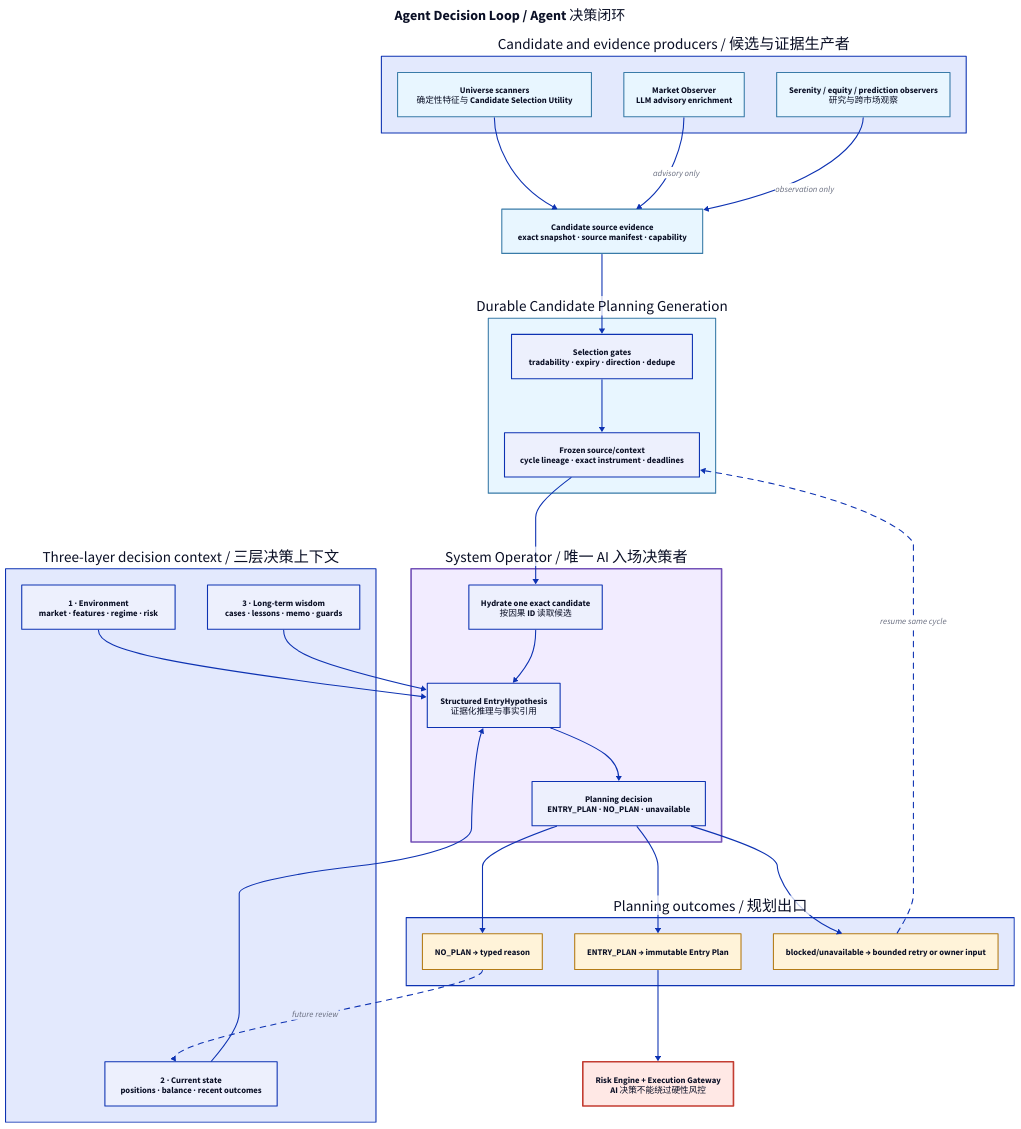
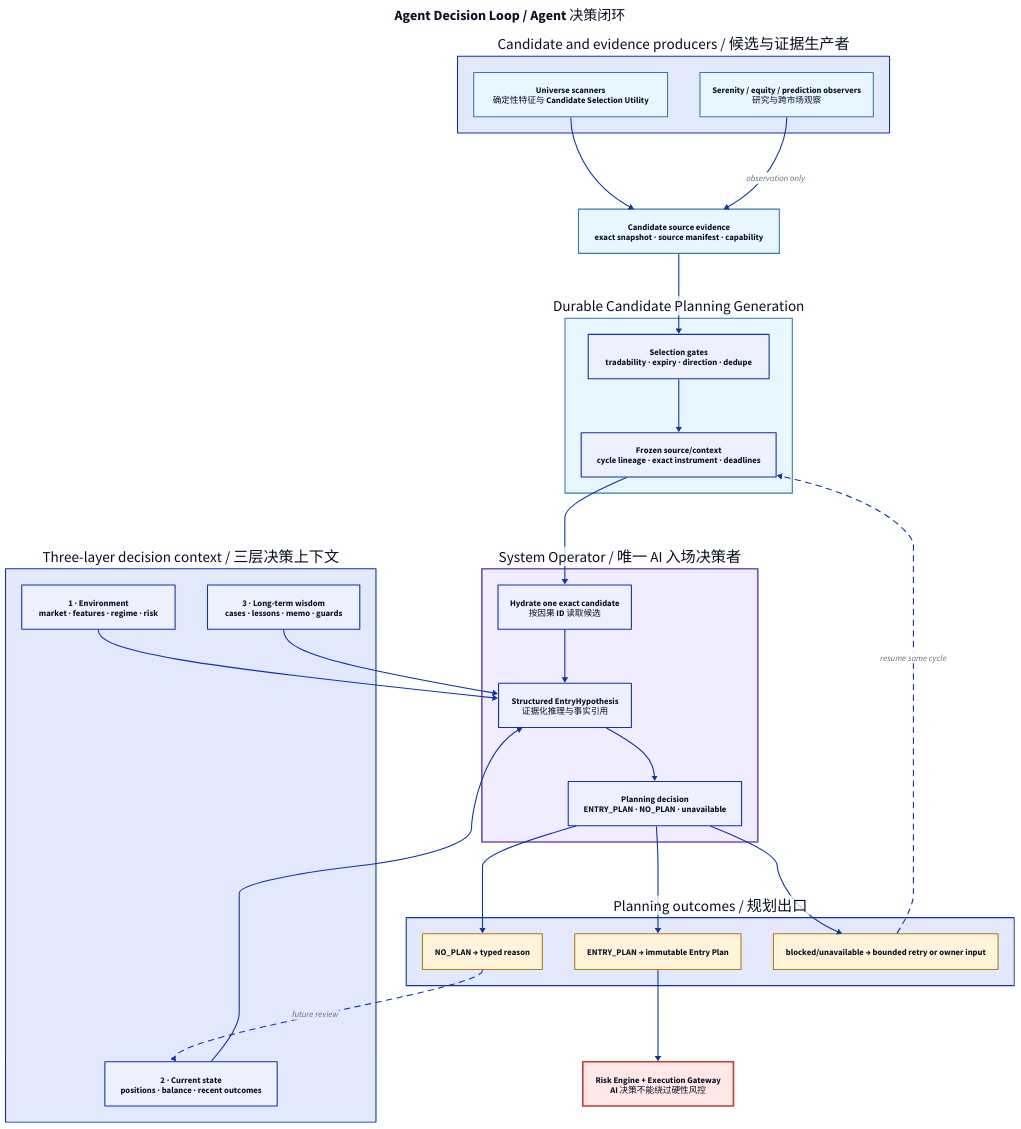
The diagram in docs/diagrams/source/readme_agent_decision_loop.d2 (iridyne/aletheia), drawn with D2 before and after one commit. The commit also changed 13 other files, not shown here.

```diff
--- a/docs/diagrams/source/readme_agent_decision_loop.d2
+++ b/docs/diagrams/source/readme_agent_decision_loop.d2
@@ -1,69 +1,67 @@
 direction: down
 
 classes: {
   signal: { style.fill: "#E8F6FF"; style.stroke: "#397BA8" }
   memory: { style.fill: "#EAF8F1"; style.stroke: "#2E8B67" }
   operator: { style.fill: "#F2ECFF"; style.stroke: "#7452B8"; style.stroke-width: 3 }
   terminal: { style.fill: "#FFF3D9"; style.stroke: "#B47B16" }
   safety: { style.fill: "#FFE8E5"; style.stroke: "#C33D32"; style.stroke-width: 3 }
 }
 
 title: "Agent Decision Loop / Agent 决策闭环" {
   near: top-center
   shape: text
   style.font-size: 26
   style.bold: true
 }
 
 producers: "Candidate and evidence producers / 候选与证据生产者" {
   universe: "Universe scanners\n确定性特征与 Candidate Selection Utility" { class: signal }
-  observer: "Market Observer\nLLM advisory enrichment" { class: signal }
   research: "Serenity / equity / prediction observers\n研究与跨市场观察" { class: signal }
 }
 
 opportunity: "Candidate source evidence\nexact snapshot · source manifest · capability" { class: signal }
 
 candidate: "Durable Candidate Planning Generation" {
   class: signal
   gates: "Selection gates\ntradability · expiry · direction · dedupe"
   context: "Frozen source/context\ncycle lineage · exact instrument · deadlines"
 }
 
 context: "Three-layer decision context / 三层决策上下文" {
   market: "1 · Environment\nmarket · features · regime · risk"
   portfolio: "2 · Current state\npositions · balance · recent outcomes"
   wisdom: "3 · Long-term wisdom\ncases · lessons · memo · guards"
 }
 
 operator: "System Operator / 唯一 AI 入场决策者" {
   class: operator
   hydrate: "Hydrate one exact candidate\n按因果 ID 读取候选"
   reason: "Structured EntryHypothesis\n证据化推理与事实引用"
   decide: "Planning decision\nENTRY_PLAN · NO_PLAN · unavailable"
 }
 
 terminal: "Planning outcomes / 规划出口" {
   plan: "ENTRY_PLAN → immutable Entry Plan" { class: terminal }
   no_plan: "NO_PLAN → typed reason" { class: terminal }
   unavailable: "blocked/unavailable → bounded retry or owner input" { class: terminal }
 }
 
 safety: "Risk Engine + Execution Gateway\nAI 决策不能绕过硬性风控" { class: safety }
 
 producers.universe -> opportunity
-producers.observer -> opportunity: "advisory only"
 producers.research -> opportunity: "observation only"
 opportunity -> candidate.gates
 candidate.gates -> candidate.context
 candidate.context -> operator.hydrate
 context.market -> operator.reason
 context.portfolio -> operator.reason
 context.wisdom -> operator.reason
 operator.hydrate -> operator.reason
 operator.reason -> operator.decide
 operator.decide -> terminal.plan
 operator.decide -> terminal.no_plan
 operator.decide -> terminal.unavailable
 terminal.plan -> safety
 terminal.no_plan -> context.portfolio: "future review" { style.stroke-dash: 5 }
 terminal.unavailable -> candidate.context: "resume same cycle" { style.stroke-dash: 5 }
```
